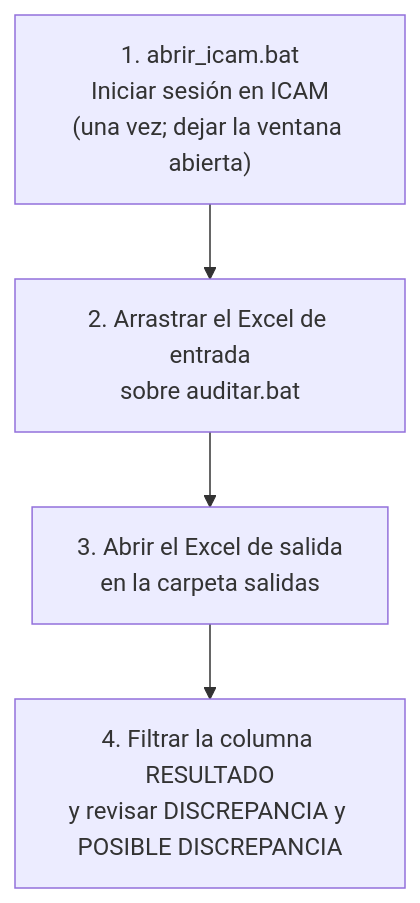
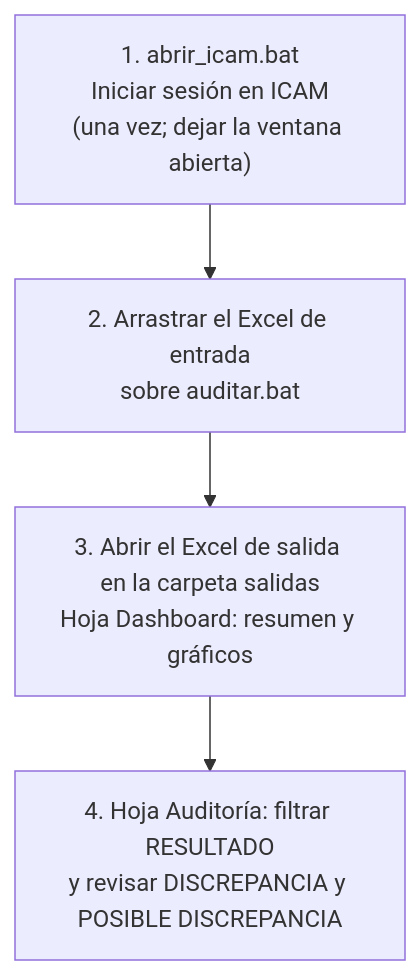
One commit to lviloriabas/dips changed the second of 8 diagrams in docs/proceso.md. Above: the diagram before and after it, drawn with Mermaid. The commit also changed other lines of this file and 11 other files, not shown here.

First line of the commit message:
RIR en Follow-on Tasks y Dashboard en el Excel de salida

````diff
--- a/docs/proceso.md
+++ b/docs/proceso.md
@@ -26,7 +26,7 @@
 ```mermaid
 flowchart TD
     A["1. abrir_icam.bat<br/>Iniciar sesión en ICAM<br/>(una vez; dejar la ventana abierta)"] --> B
     B["2. Arrastrar el Excel de entrada<br/>sobre auditar.bat"] --> C
-    C["3. Abrir el Excel de salida<br/>en la carpeta salidas"] --> D
-    D["4. Filtrar la columna RESULTADO<br/>y revisar DISCREPANCIA y POSIBLE DISCREPANCIA"]
+    C["3. Abrir el Excel de salida en la carpeta salidas<br/>Hoja Dashboard: resumen y gráficos"] --> D
+    D["4. Hoja Auditoría: filtrar RESULTADO<br/>y revisar DISCREPANCIA y POSIBLE DISCREPANCIA"]
 ```
````
